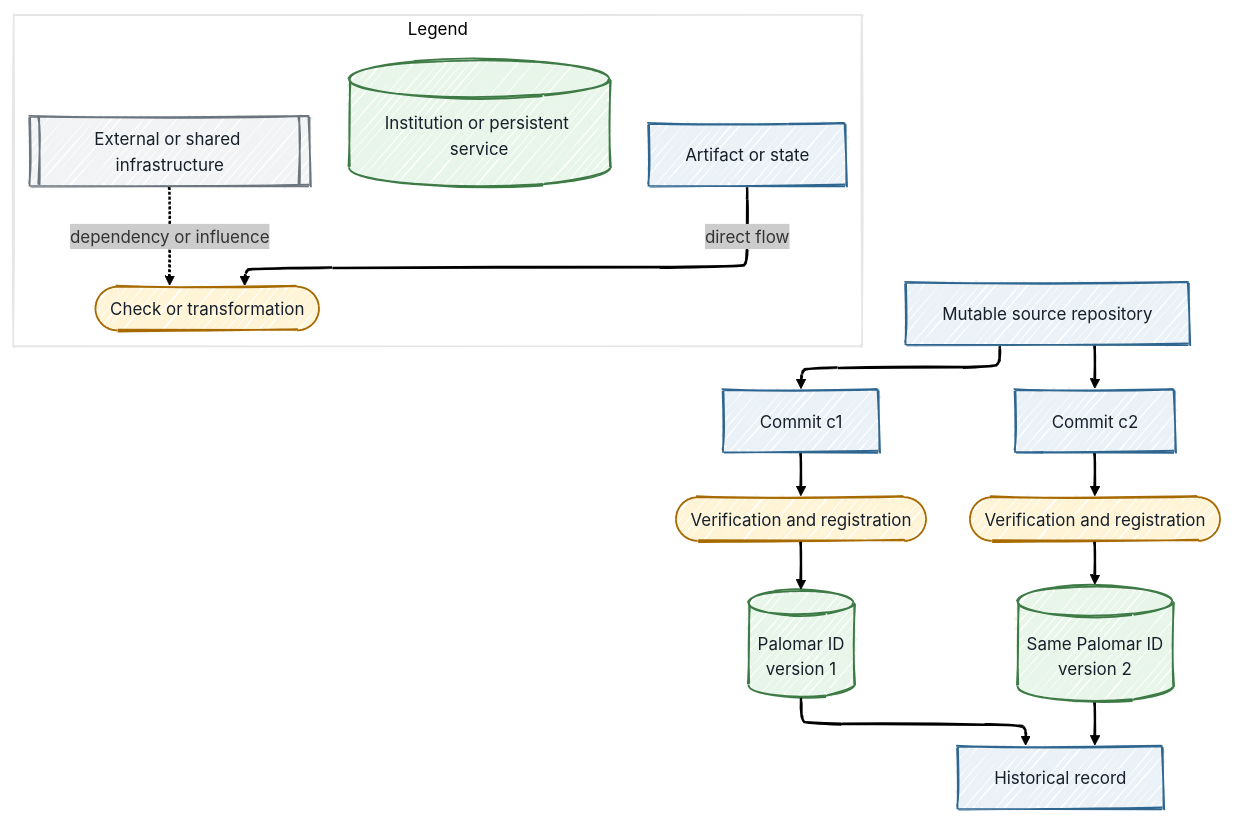
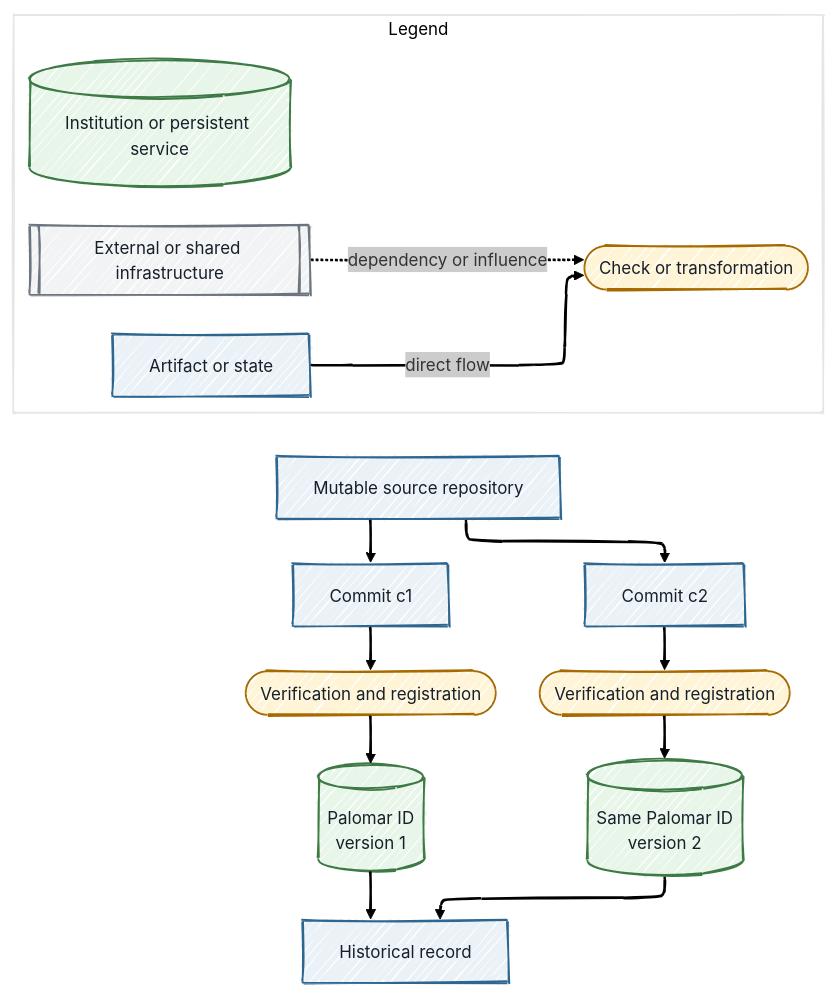
One commit to antomon/antomon.github.io changed the second of 11 diagrams in posts/after-proof-abundance-palomar-and-the-new-infrastructure-of-mathematical-trust/index.qmd. Above: the diagram before and after it, drawn with Mermaid. The commit also changed other lines of this file and 94 other files, not shown here.

````diff
--- a/posts/after-proof-abundance-palomar-and-the-new-infrastructure-of-mathematical-trust/index.qmd
+++ b/posts/after-proof-abundance-palomar-and-the-new-infrastructure-of-mathematical-trust/index.qmd
@@ -84,27 +89,32 @@
 ```{mermaid}
 %%| label: fig-after-proof-abundance-palomar-and-the-new-infrastructure-of-mathematical-trust-registry-versioning
 %%| fig-cap: 'A persistent Palomar identity can accumulate separately verified versions while preserving each registered source state.'
 %%| fig-alt: 'A mutable source repository produces commit c1 and later commit c2. Each commit passes through verification and registration, producing version 1 and version 2 under the same persistent Palomar identity. Both versions remain in the historical record. A legend identifies artifacts or states, checks or transformations, institutions, external infrastructure, and arrow meanings.'
 %%| fig-align: center
 %%{init: {"theme": "neo", "look": "handDrawn", "layout": "elk"}}%%
 flowchart TD
+
+    subgraph LEG[Legend]
+        direction LR
+        
+        LA[Artifact or state]:::artifact -->|direct flow| LP([Check or transformation]):::process
+        LI[(Institution or persistent service)]:::institution
+        LX[[External or shared infrastructure]]:::external -.->|dependency or influence| LP
+    end
+
     R[Mutable source repository]:::artifact --> C1[Commit c1]:::artifact
     R --> C2[Commit c2]:::artifact
     C1 --> P1([Verification and registration]):::process
     C2 --> P2([Verification and registration]):::process
     P1 --> V1[(Palomar ID<br/>version 1)]:::institution
     P2 --> V2[(Same Palomar ID<br/>version 2)]:::institution
     V1 --> H[Historical record]:::artifact
     V2 --> H
-
-    subgraph LEG[Legend]
-        LA[Artifact or state]:::artifact -->|direct flow| LP([Check or transformation]):::process
-        LI[(Institution or persistent service)]:::institution
-        LX[[External or shared infrastructure]]:::external -.->|dependency or influence| LP
-    end
+   
+    LEG ~~~ R
 
     classDef artifact fill:#EAF2F8,stroke:#2F6690,color:#17202A,stroke-width:1.5px
     classDef process fill:#FFF4D6,stroke:#A66A00,color:#17202A,stroke-width:1.5px
     classDef institution fill:#E8F5E9,stroke:#3D7A45,color:#17202A,stroke-width:1.5px
     classDef external fill:#F2F3F4,stroke:#6C757D,color:#17202A,stroke-width:1.5px
 ```
````
